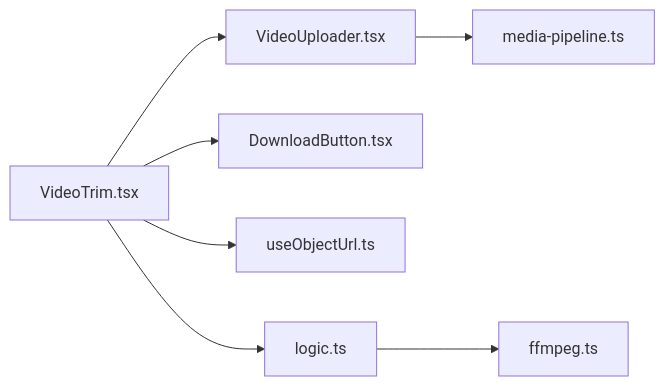
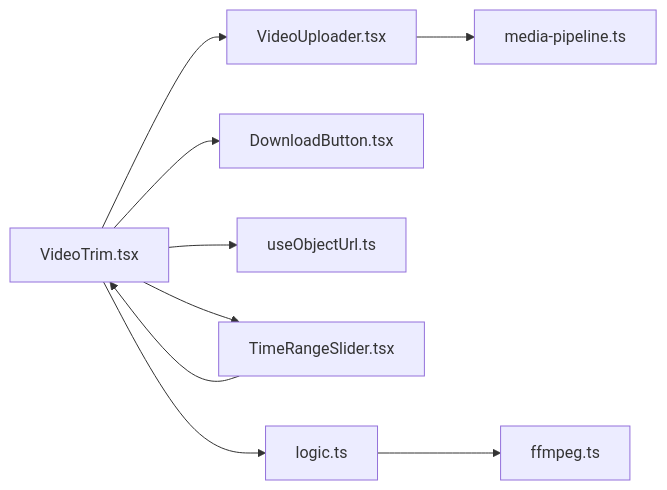
One commit to sgyy/privadeck changed the sixth of 6 diagrams in .qoder/repowiki/zh/content/视频工具/视频修剪工具.md. Above: the diagram before and after it, drawn with Mermaid. The commit also changed other lines of this file and 23 other files, not shown here.

````diff
--- a/.qoder/repowiki/zh/content/视频工具/视频修剪工具.md
+++ b/.qoder/repowiki/zh/content/视频工具/视频修剪工具.md
@@ -269,9 +284,11 @@
 ```mermaid
 graph LR
 VT["VideoTrim.tsx"] --> VU["VideoUploader.tsx"]
 VT --> DL["DownloadButton.tsx"]
 VT --> UOU["useObjectUrl.ts"]
+VT --> TR["TimeRangeSlider.tsx"]
 VT --> LOGIC["logic.ts"]
 LOGIC --> FFMPEG["ffmpeg.ts"]
 VU --> PIPE["media-pipeline.ts"]
+TR --> VT
 ```
````
